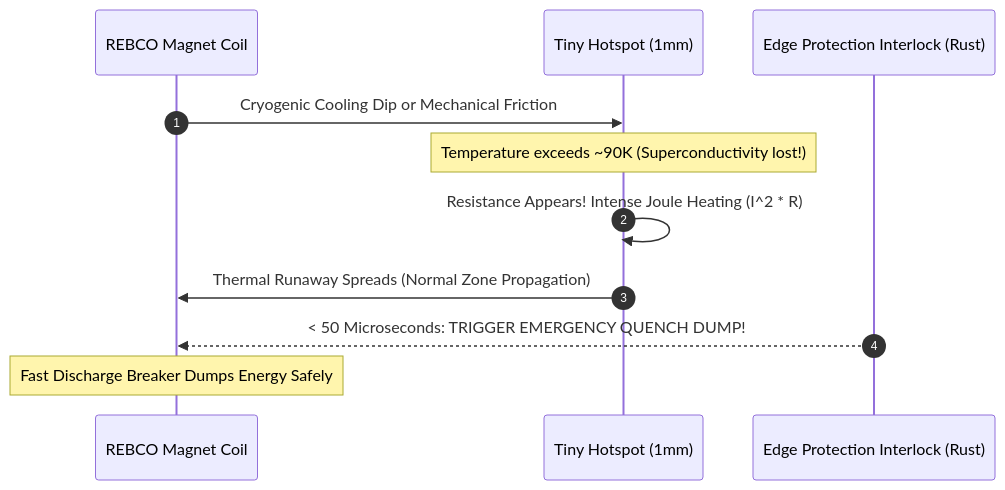
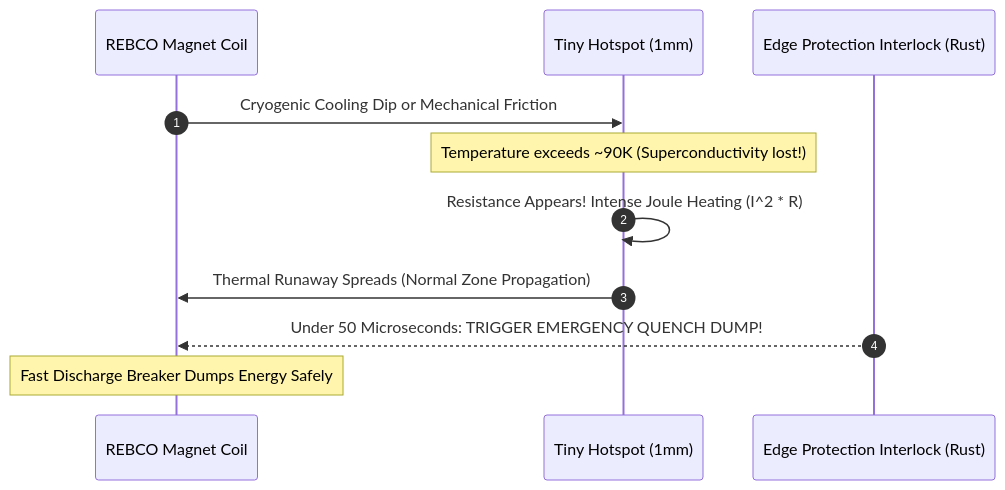
One commit to skhy-ai/tami-cama changed the fifth of 9 diagrams in TUTORIAL.md. Above: the diagram before and after it, drawn with Mermaid. The commit also changed other lines of this file and 8 other files, not shown here.

````diff
--- a/TUTORIAL.md
+++ b/TUTORIAL.md
@@ -238,14 +238,14 @@
 ```mermaid
 sequenceDiagram
     autonumber
     participant Coil as REBCO Magnet Coil
     participant Spot as Tiny Hotspot (1mm)
     participant Dump as Edge Protection Interlock (Rust)
     
     Coil->>Spot: Cryogenic Cooling Dip or Mechanical Friction
     Note over Spot: Temperature exceeds ~90K (Superconductivity lost!)
     Spot->>Spot: Resistance Appears! Intense Joule Heating (I^2 * R)
     Spot->>Coil: Thermal Runaway Spreads (Normal Zone Propagation)
-    Dump-->>Coil: < 50 Microseconds: TRIGGER EMERGENCY QUENCH DUMP!
+    Dump-->>Coil: Under 50 Microseconds: TRIGGER EMERGENCY QUENCH DUMP!
     Note over Coil: Fast Discharge Breaker Dumps Energy Safely
 ```
````
